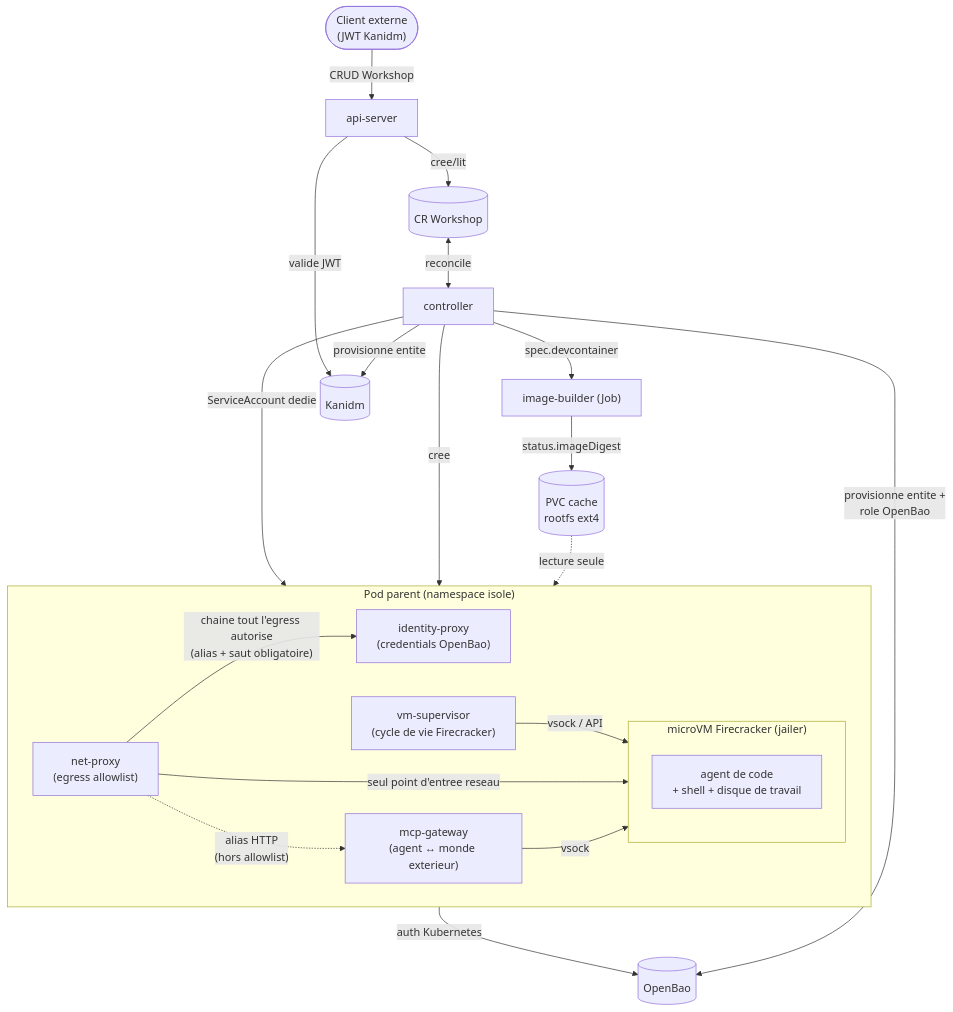
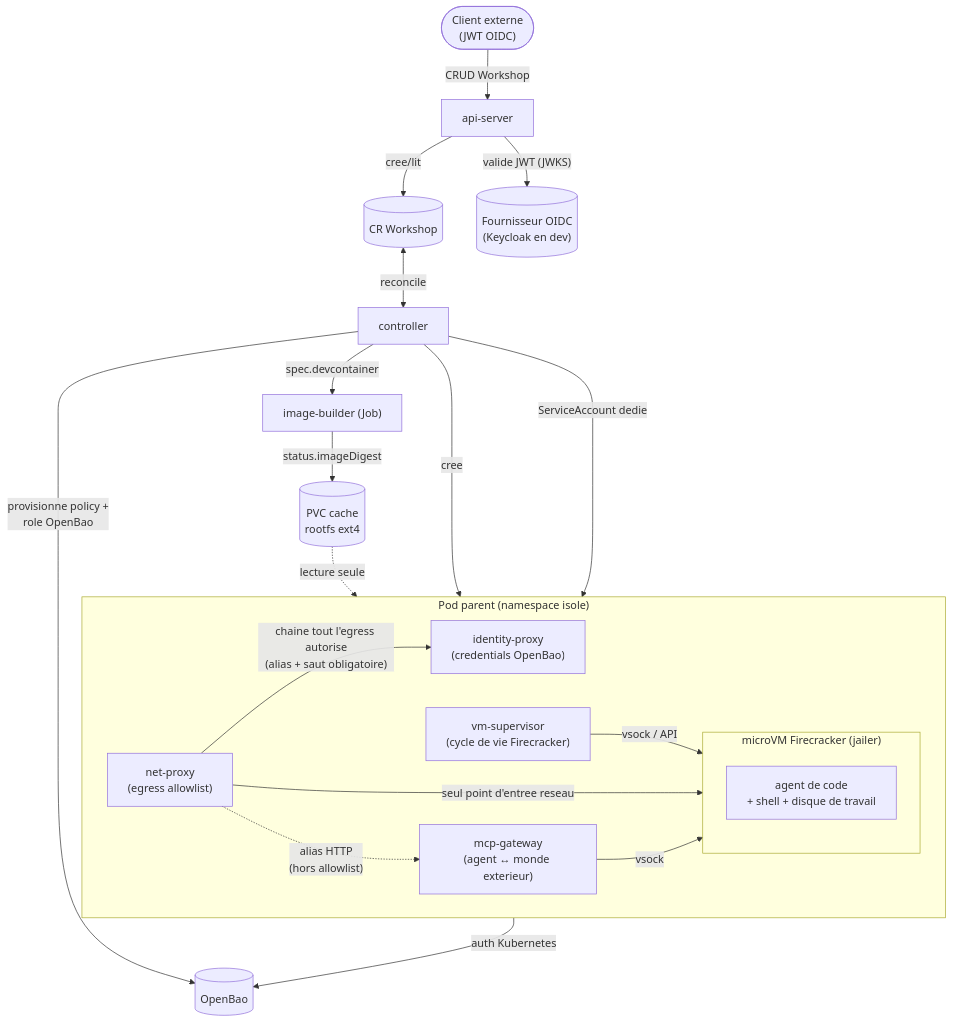
The second of 3 diagrams in docs/ARCHITECTURE.md (PhilippeVienne/atelier), drawn with Mermaid before and after one commit. The commit also changed other lines of this file and 12 other files, not shown here.

````diff
--- a/docs/ARCHITECTURE.md
+++ b/docs/ARCHITECTURE.md
@@ -72,35 +72,34 @@
 ```mermaid
 flowchart TB
-    Client(["Client externe\n(JWT Kanidm)"]) -->|"CRUD Workshop"| API["api-server"]
+    Client(["Client externe\n(JWT OIDC)"]) -->|"CRUD Workshop"| API["api-server"]
     API -->|"cree/lit"| CR[("CR Workshop")]
     CR <-->|"reconcile"| Controller["controller"]
 
     Controller -->|"spec.devcontainer"| Builder["image-builder (Job)"]
     Builder -->|"status.imageDigest"| Cache[("PVC cache\nrootfs ext4")]
 
     Controller -->|"cree"| Pod
 
     subgraph Pod["Pod parent (namespace isole)"]
         direction LR
         VMS["vm-supervisor\n(cycle de vie Firecracker)"]
         NetProxy["net-proxy\n(egress allowlist)"]
         IdProxy["identity-proxy\n(credentials OpenBao)"]
         MCP["mcp-gateway\n(agent ↔ monde exterieur)"]
         VMS -->|"vsock / API"| VM
         NetProxy -->|"seul point d'entree reseau"| VM
         MCP -->|"vsock"| VM
         NetProxy -->|"chaine tout l'egress autorise\n(alias + saut obligatoire)"| IdProxy
         NetProxy -.->|"alias HTTP\n(hors allowlist)"| MCP
 
         subgraph VM["microVM Firecracker (jailer)"]
             Agent["agent de code\n+ shell + disque de travail"]
         end
     end
 
     Cache -.->|"lecture seule"| VMS
     Controller -->|"ServiceAccount dedie"| Pod
     IdProxy -->|"auth Kubernetes"| OpenBao[("OpenBao")]
-    Controller -->|"provisionne entite +\nrole OpenBao"| OpenBao
-    Controller -->|"provisionne entite"| Kanidm[("Kanidm")]
-    API -->|"valide JWT"| Kanidm
+    Controller -->|"provisionne policy +\nrole OpenBao"| OpenBao
+    API -->|"valide JWT (JWKS)"| OIDC[("Fournisseur OIDC\n(Keycloak en dev)")]
 ```
````
